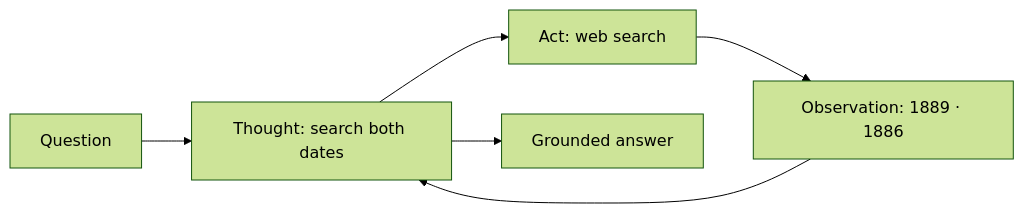
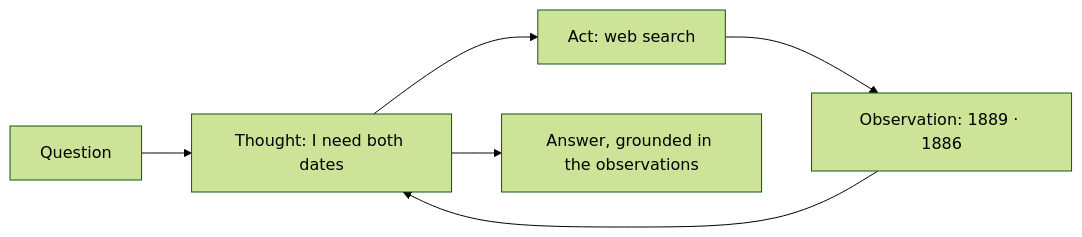
Before and after one commit to kk-engineer/robosathi: the second of 6 diagrams in content/en/docs/agentic_ai/agentic_design_patterns.md, drawn with Mermaid (forest theme). The commit also changed other lines of this file and 15 other files, not shown here.

````diff
--- a/content/en/docs/agentic_ai/agentic_design_patterns.md
+++ b/content/en/docs/agentic_ai/agentic_design_patterns.md
@@ -52,8 +60,8 @@
 ```mermaid
 graph LR
-    Q[Question] --> T["Thought: search both dates"]
+    Q[Question] --> T["Thought: I need both dates"]
     T --> A[Act: web search]
     A --> O["Observation: 1889 · 1886"]
     O --> T
-    T --> F[Grounded answer]
+    T --> F[Answer, grounded in the observations]
 ```
````
